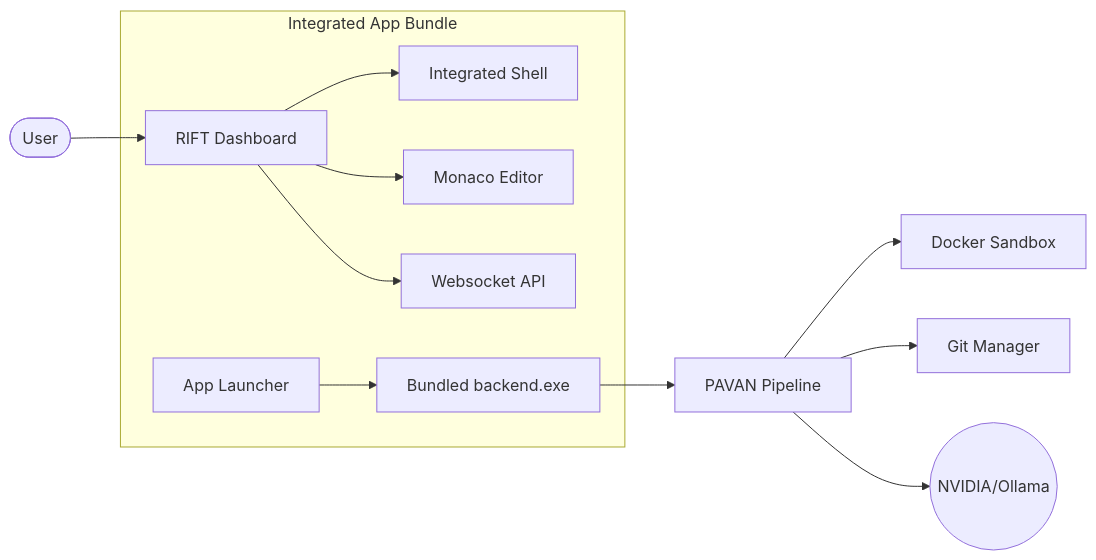
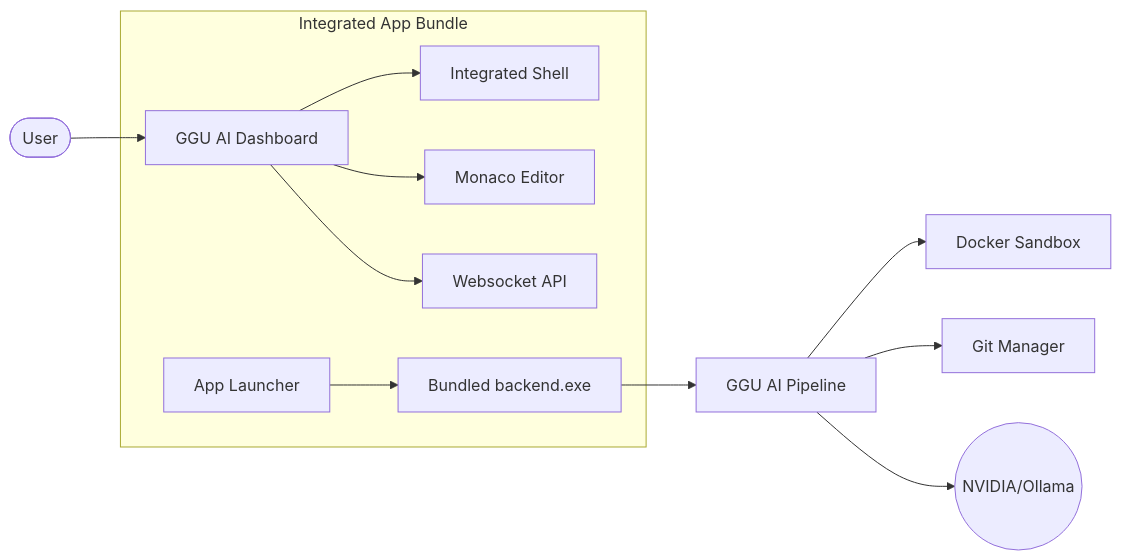
The diagram in README.md (Pavankumarswamy/AI-agents), drawn with Mermaid before and after one commit. The commit also changed other lines of this file and 11 other files, not shown here.

Commit message:
Rebranding: Renamed RIFT and PAVAN to GGU AI across the entire codebase

````diff
--- a/README.md
+++ b/README.md
@@ -54,14 +54,14 @@
 ```mermaid
 graph LR
-    User([User]) --> UI[RIFT Dashboard]
+    User([User]) --> UI[GGU AI Dashboard]
     subgraph Integrated App Bundle
         UI --> Terminal[Integrated Shell]
         UI --> Editor[Monaco Editor]
         UI --> WS[Websocket API]
         Launcher[App Launcher] --> Backend[Bundled backend.exe]
     end
-    Backend --> Agent[PAVAN Pipeline]
+    Backend --> Agent[GGU AI Pipeline]
     Agent --> Docker[Docker Sandbox]
     Agent --> Git[Git Manager]
     Agent --> LLM((NVIDIA/Ollama))
 ```
````
